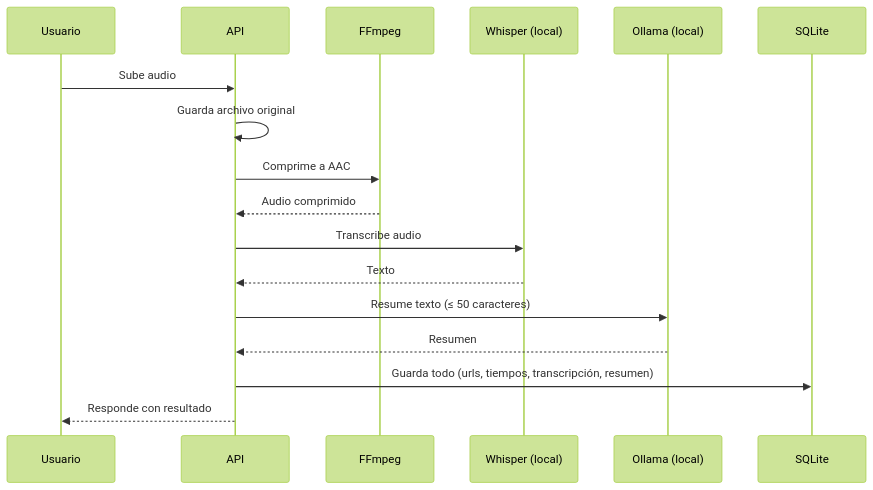
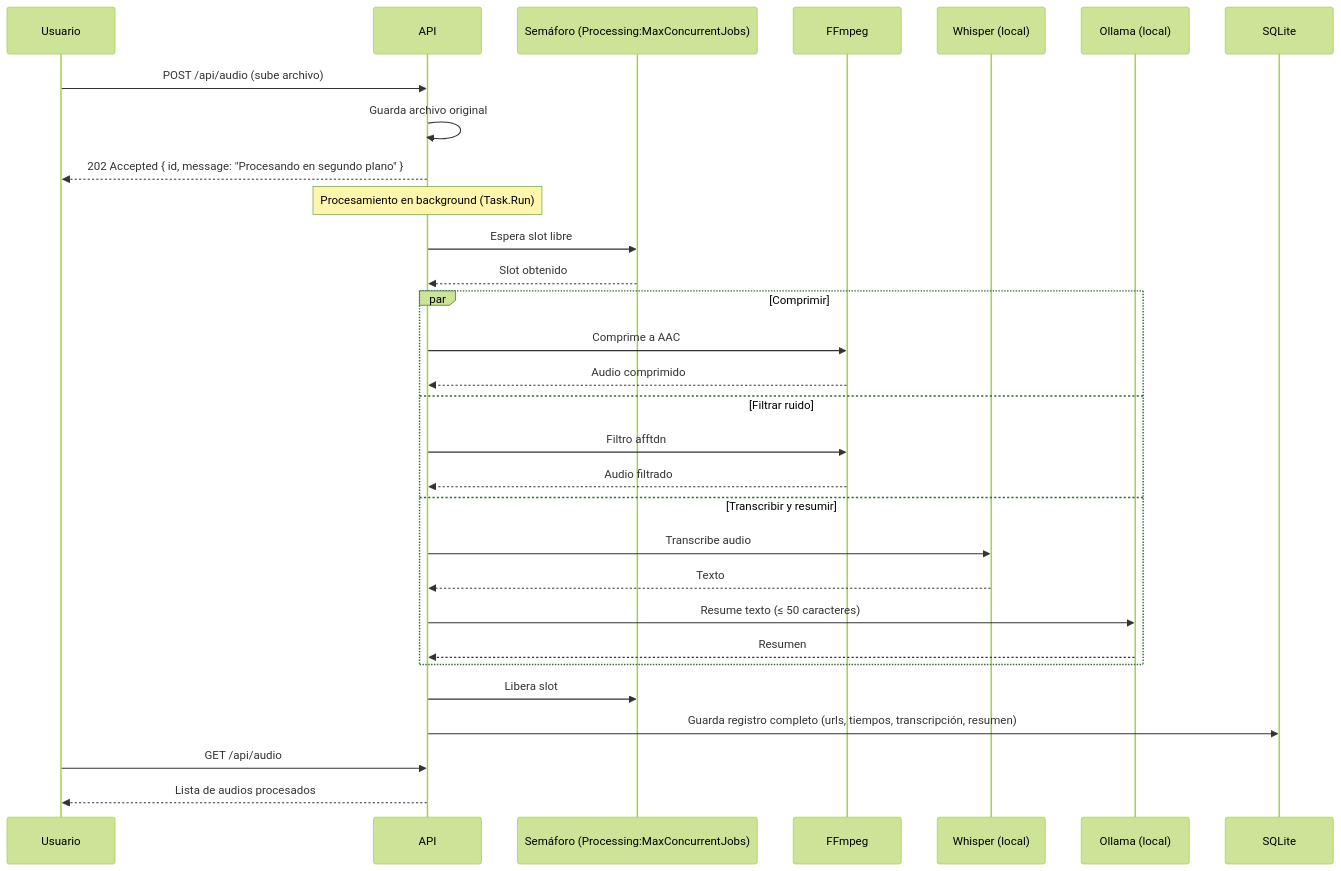
One commit to ramirezdev26/Audio_Compressor changed the second of 2 diagrams in docs/architecture.md. Above: the diagram before and after it, drawn with Mermaid (forest theme). The commit also changed other lines of this file and 5 other files, not shown here.

First line of the commit message:
feat: add concurrency limit to background processing and update docs for final presentation

````diff
--- a/docs/architecture.md
+++ b/docs/architecture.md
@@ -30,20 +31,37 @@
 ```mermaid
 sequenceDiagram
     participant U as Usuario
     participant A as API
+    participant S as Semáforo (Processing:MaxConcurrentJobs)
     participant F as FFmpeg
     participant W as Whisper (local)
     participant O as Ollama (local)
     participant DB as SQLite
 
-    U->>A: Sube audio
+    U->>A: POST /api/audio (sube archivo)
     A->>A: Guarda archivo original
-    A->>F: Comprime a AAC
-    F-->>A: Audio comprimido
-    A->>W: Transcribe audio
-    W-->>A: Texto
-    A->>O: Resume texto (≤ 50 caracteres)
-    O-->>A: Resumen
-    A->>DB: Guarda todo (urls, tiempos, transcripción, resumen)
-    A-->>U: Responde con resultado
+    A-->>U: 202 Accepted { id, message: "Procesando en segundo plano" }
+
+    Note over A: Procesamiento en background (Task.Run)
+    A->>S: Espera slot libre
+    S-->>A: Slot obtenido
+
+    par Comprimir
+        A->>F: Comprime a AAC
+        F-->>A: Audio comprimido
+    and Filtrar ruido
+        A->>F: Filtro afftdn
+        F-->>A: Audio filtrado
+    and Transcribir y resumir
+        A->>W: Transcribe audio
+        W-->>A: Texto
+        A->>O: Resume texto (≤ 50 caracteres)
+        O-->>A: Resumen
+    end
+
+    A->>S: Libera slot
+    A->>DB: Guarda registro completo (urls, tiempos, transcripción, resumen)
+
+    U->>A: GET /api/audio
+    A-->>U: Lista de audios procesados
 ```
````
